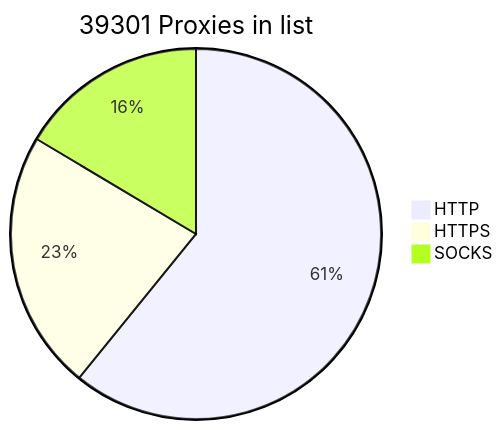
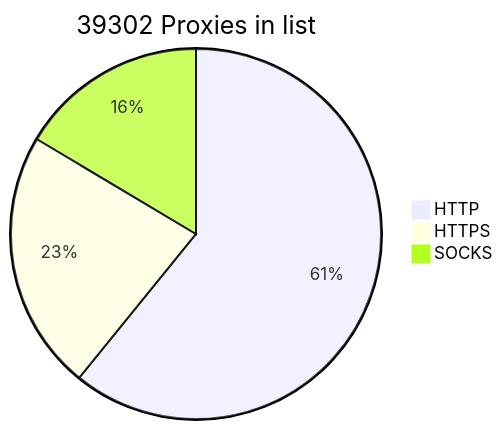
Before and after one commit to BlackSnowDot/proxylist-update-every-minute: the diagram in README.md, drawn with Mermaid.

````diff
--- a/README.md
+++ b/README.md
@@ -2,6 +2,6 @@
 ```mermaid
-pie title 39301 Proxies in list
-    "HTTP" : 28164
-    "HTTPS": 10505
+pie title 39302 Proxies in list
+    "HTTP" : 28165
+    "HTTPS": 10506
     "SOCKS" : 7610
 ```
````
